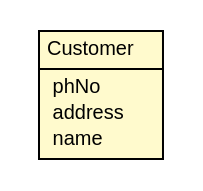
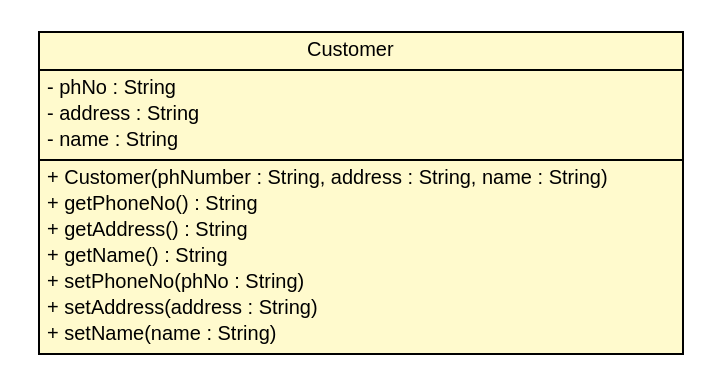
The diagram in docs/au/edu/griffith/ict/Customer.dot (DDevine/CrapPOS), drawn with Graphviz before and after one commit. The commit also changed 50 other files, not shown here.

```diff
--- a/docs/au/edu/griffith/ict/Customer.dot
+++ b/docs/au/edu/griffith/ict/Customer.dot
@@ -1,23 +1,32 @@
 #!/usr/local/bin/dot
 #
 # Class diagram 
 # Generated by UMLGraph version 1.6 (http://www.umlgraph.org/)
 #
 
 digraph G {
 	edge [fontname="Helvetica",fontsize=10,labelfontname="Helvetica",labelfontsize=10];
 	node [fontname="Helvetica",fontsize=10,shape=plaintext];
 	nodesep=0.25;
 	ranksep=0.5;
 	// au.edu.griffith.ict.Customer
-	c10 [label=<<table title="au.edu.griffith.ict.Customer" border="0" cellborder="1" cellspacing="0" cellpadding="2" port="p" bgcolor="lemonChiffon" href="./Customer.html">
+	c9 [label=<<table title="au.edu.griffith.ict.Customer" border="0" cellborder="1" cellspacing="0" cellpadding="2" port="p" bgcolor="lemonChiffon" href="./Customer.html">
 		<tr><td><table border="0" cellspacing="0" cellpadding="1">
 <tr><td align="center" balign="center"> Customer </td></tr>
 		</table></td></tr>
 		<tr><td><table border="0" cellspacing="0" cellpadding="1">
-<tr><td align="left" balign="left">  phNo </td></tr>
-<tr><td align="left" balign="left">  address </td></tr>
-<tr><td align="left" balign="left">  name </td></tr>
+<tr><td align="left" balign="left"> - phNo : String </td></tr>
+<tr><td align="left" balign="left"> - address : String </td></tr>
+<tr><td align="left" balign="left"> - name : String </td></tr>
+		</table></td></tr>
+		<tr><td><table border="0" cellspacing="0" cellpadding="1">
+<tr><td align="left" balign="left"> + Customer(phNumber : String, address : String, name : String) </td></tr>
+<tr><td align="left" balign="left"> + getPhoneNo() : String </td></tr>
+<tr><td align="left" balign="left"> + getAddress() : String </td></tr>
+<tr><td align="left" balign="left"> + getName() : String </td></tr>
+<tr><td align="left" balign="left"> + setPhoneNo(phNo : String) </td></tr>
+<tr><td align="left" balign="left"> + setAddress(address : String) </td></tr>
+<tr><td align="left" balign="left"> + setName(name : String) </td></tr>
 		</table></td></tr>
 		</table>>, URL="./Customer.html", fontname="Helvetica", fontcolor="black", fontsize=10.0];
 }
```
